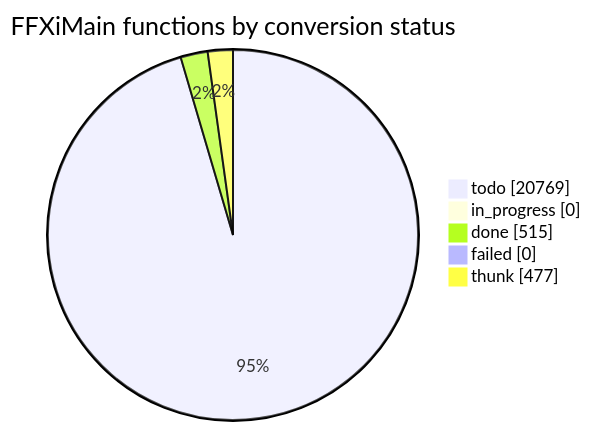
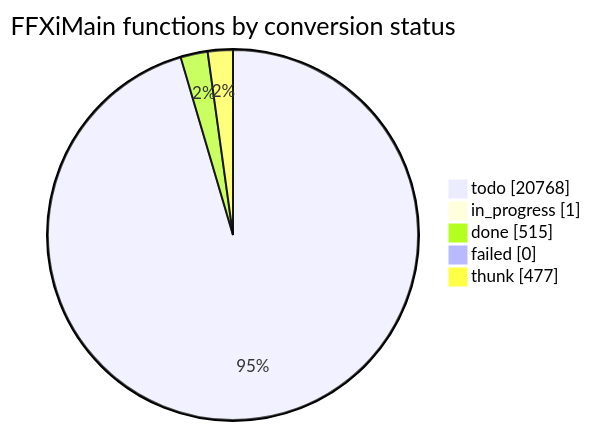
One commit to cowrevenge/cow_kuluu_xi_anything changed the diagram in docs/cow/STATUS.md. Above: the diagram before and after it, drawn with Mermaid. The commit also changed other lines of this file and 3 other files, not shown here.

````diff
--- a/docs/cow/STATUS.md
+++ b/docs/cow/STATUS.md
@@ -18,9 +18,9 @@
 ```mermaid
 pie showData
     title FFXiMain functions by conversion status
-    "todo" : 20769
-    "in_progress" : 0
+    "todo" : 20768
+    "in_progress" : 1
     "done" : 515
     "failed" : 0
     "thunk" : 477
 ```
````
